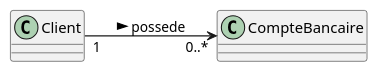
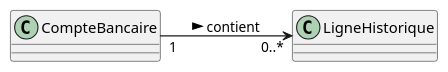
One commit to albanmartel/java_design_patern changed the diagram in Documentation/02_Cardinalite_Classe/exemple2.puml. Above: the diagram before and after it, drawn with PlantUML. The commit also changed 3 other files, not shown here.

Commit message:
UPDATE 'exemple*.puml' création des scripts plantuml pour illustrer la fiche de lecture de la cardinalité.

```diff
--- a/Documentation/02_Cardinalite_Classe/exemple2.puml
+++ b/Documentation/02_Cardinalite_Classe/exemple2.puml
@@ -1,9 +1,9 @@
 @startuml
 skinparam classAttributeIconSize 0
 left to right direction
 
-class Client
 class CompteBancaire
+class LigneHistorique
 
-Client "1" --> "0..*" CompteBancaire : possede >
+CompteBancaire "1" --> "0..*" LigneHistorique : contient >
 @enduml
```
